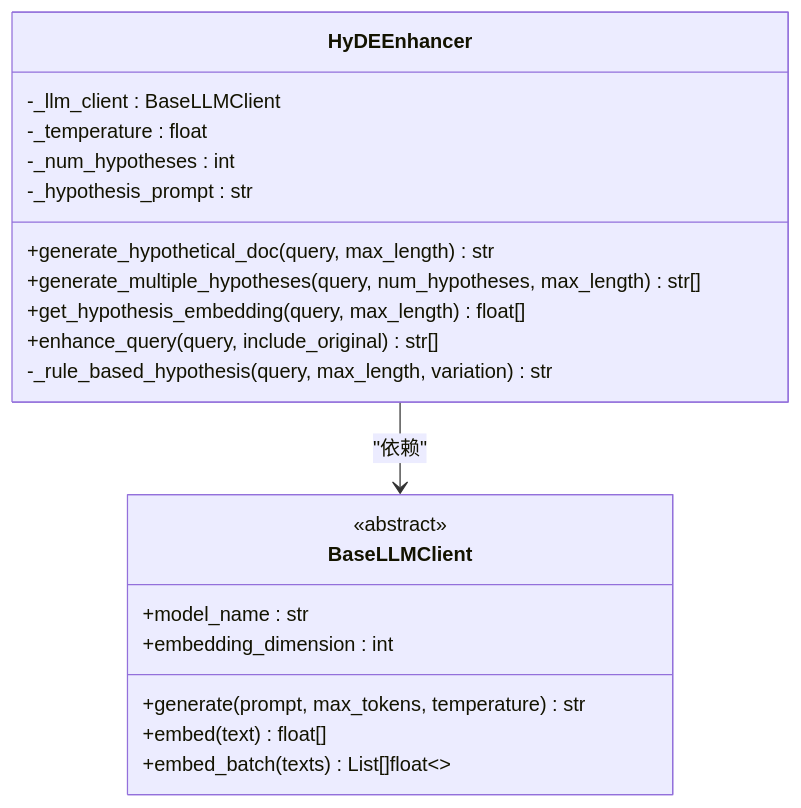
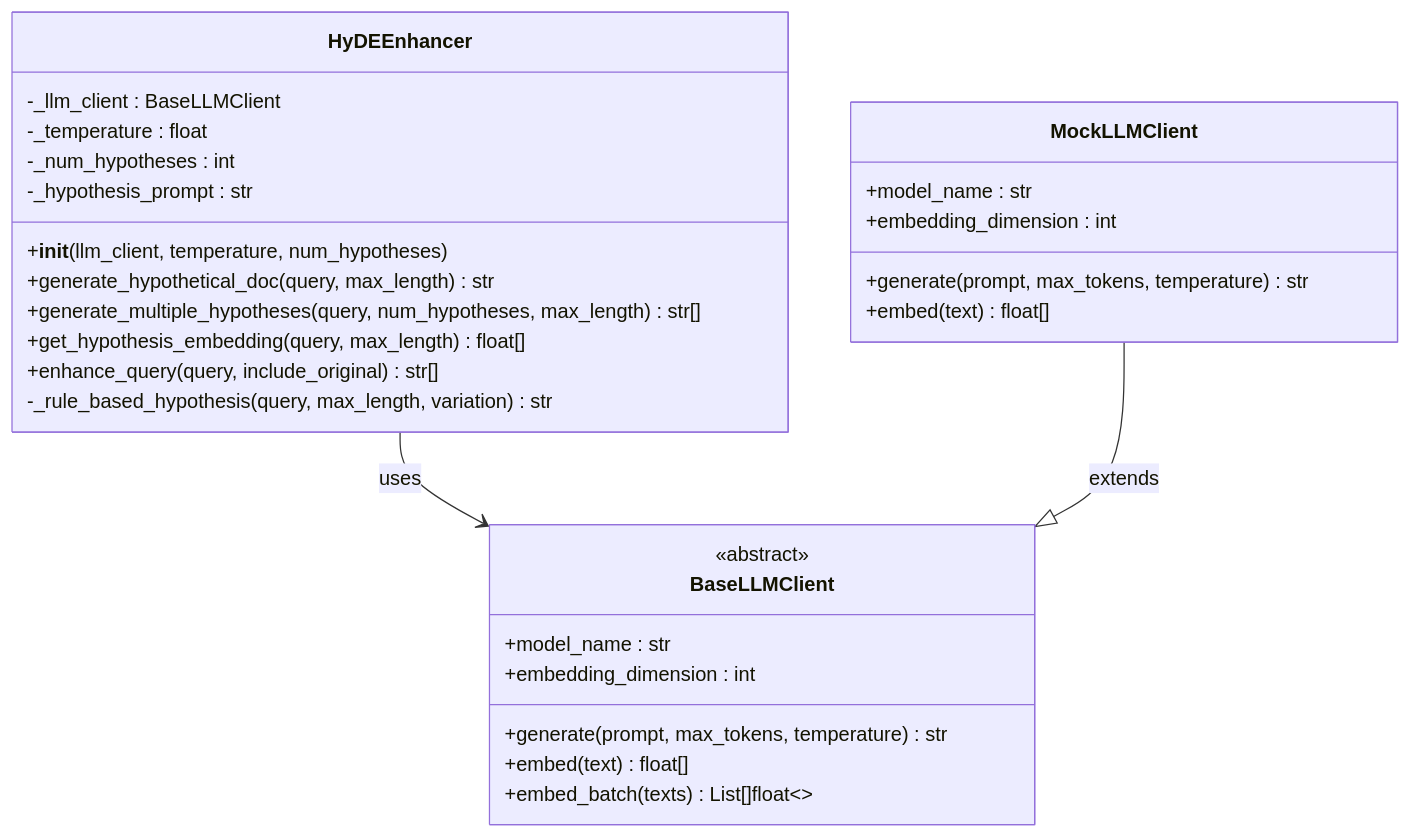
One commit to JieGaoPrinceton/NecoRAG changed the third of 7 diagrams in .qoder/repowiki/zh/content/检索引擎模块/HyDE增强技术.md. Above: the diagram before and after it, drawn with Mermaid. The commit also changed other lines of this file and 181 other files, not shown here.

````diff
--- a/.qoder/repowiki/zh/content/检索引擎模块/HyDE增强技术.md
+++ b/.qoder/repowiki/zh/content/检索引擎模块/HyDE增强技术.md
@@ -154,23 +148,31 @@
 ```mermaid
 classDiagram
 class HyDEEnhancer {
 -_llm_client : BaseLLMClient
 -_temperature : float
 -_num_hypotheses : int
 -_hypothesis_prompt : str
++__init__(llm_client, temperature, num_hypotheses)
 +generate_hypothetical_doc(query, max_length) str
 +generate_multiple_hypotheses(query, num_hypotheses, max_length) str[]
 +get_hypothesis_embedding(query, max_length) float[]
 +enhance_query(query, include_original) str[]
 -_rule_based_hypothesis(query, max_length, variation) str
 }
 class BaseLLMClient {
 <<abstract>>
 +generate(prompt, max_tokens, temperature) str
 +embed(text) float[]
 +embed_batch(texts) List[]float~~
 +model_name : str
 +embedding_dimension : int
 }
-HyDEEnhancer --> BaseLLMClient : "依赖"
+class MockLLMClient {
++model_name : str
++embedding_dimension : int
++generate(prompt, max_tokens, temperature) str
++embed(text) float[]
+}
+HyDEEnhancer --> BaseLLMClient : uses
+MockLLMClient --|> BaseLLMClient : extends
 ```
````
